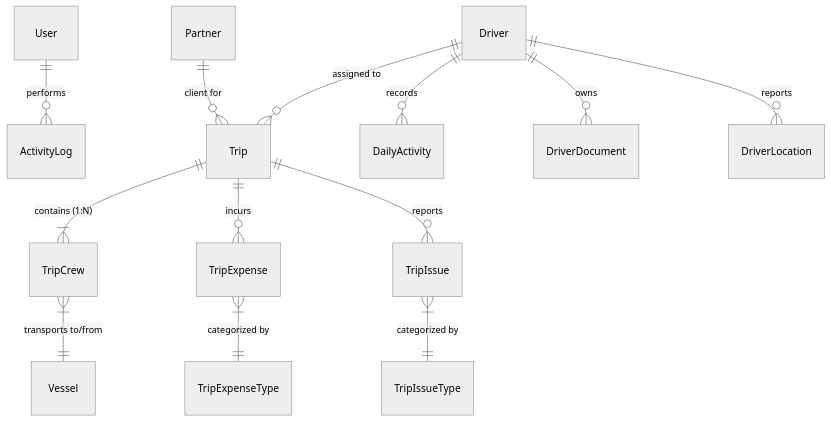
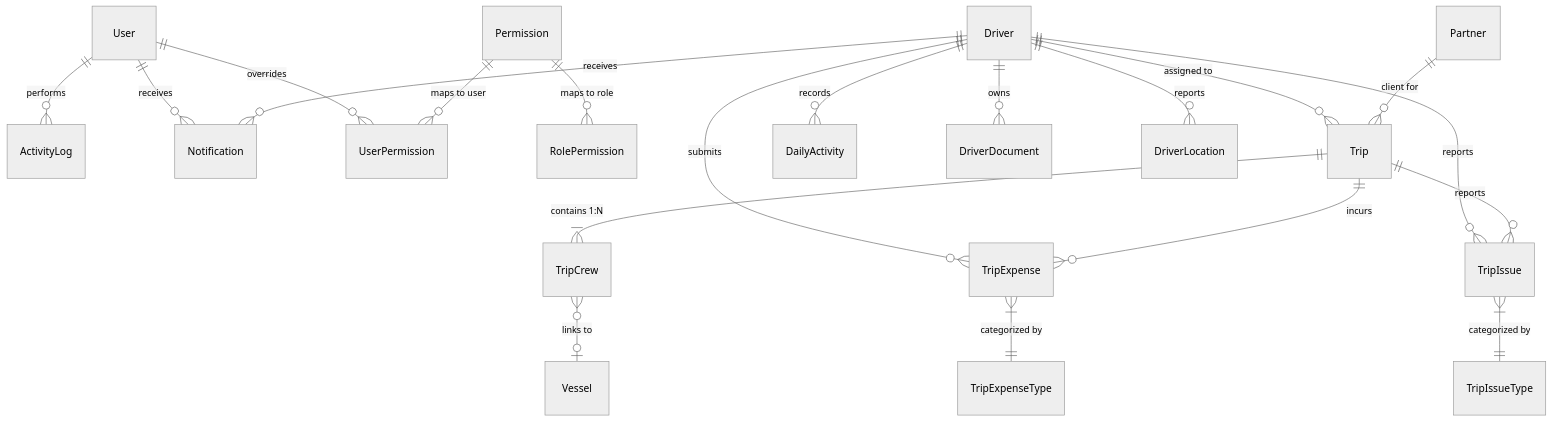
Before and after one commit to gita608/manage-trans: the diagram in PROJECT.md, drawn with Mermaid (neutral theme). The commit also changed other lines of this file and 3 other files, not shown here.

Commit message:
docs: update AGENTS.md and PROJECT.md for clarity on architecture, database contracts, and API specifications; enhance guidelines for eager loading, RBAC seeding, and file handling

````diff
--- a/PROJECT.md
+++ b/PROJECT.md
@@ -96,15 +85,22 @@
 ```mermaid
 erDiagram
     User ||--o{ ActivityLog : "performs"
+    User ||--o{ Notification : "receives"
+    User ||--o{ UserPermission : "overrides"
+    Permission ||--o{ RolePermission : "maps to role"
+    Permission ||--o{ UserPermission : "maps to user"
     Driver ||--o{ Trip : "assigned to"
     Driver ||--o{ DailyActivity : "records"
     Driver ||--o{ DriverDocument : "owns"
     Driver ||--o{ DriverLocation : "reports"
+    Driver ||--o{ Notification : "receives"
+    Driver ||--o{ TripExpense : "submits"
+    Driver ||--o{ TripIssue : "reports"
     Partner ||--o{ Trip : "client for"
-    Trip ||--|{ TripCrew : "contains (1:N)"
+    Trip ||--|{ TripCrew : "contains 1:N"
     Trip ||--o{ TripExpense : "incurs"
     Trip ||--o{ TripIssue : "reports"
-    TripCrew }|--|| Vessel : "transports to/from"
+    TripCrew }o--o| Vessel : "links to"
     TripExpense }|--|| TripExpenseType : "categorized by"
     TripIssue }|--|| TripIssueType : "categorized by"
 ```
````
